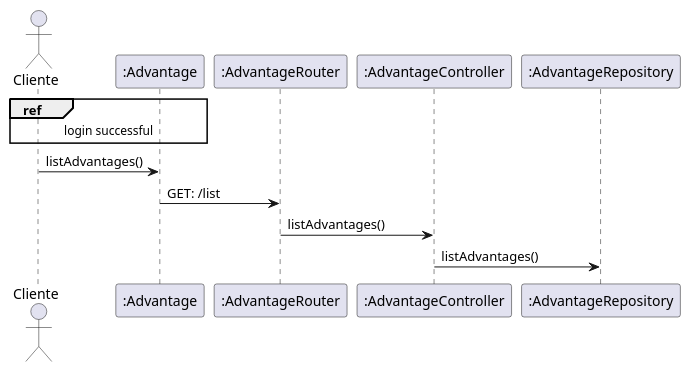
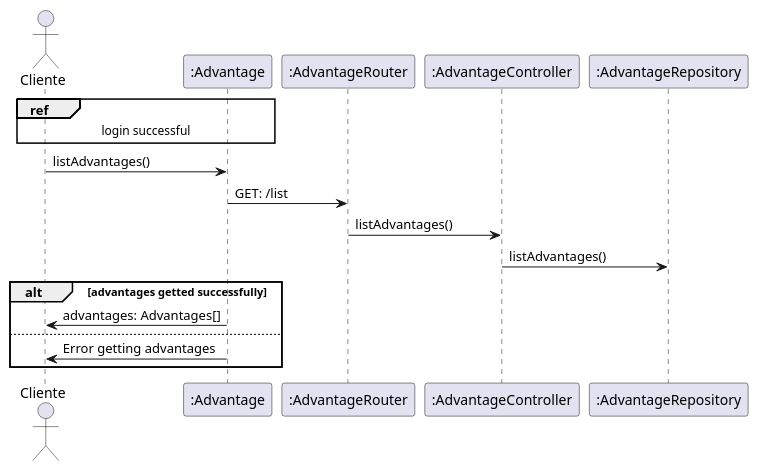
One commit to migueltico2/laboratorio-de-desenvolvimento-de-software changed the diagram in projeto 4/project/sequenceDiagramListAdvantages.plantuml. Above: the diagram before and after it, drawn with PlantUML. The commit also changed 27 other files, not shown here.

```diff
--- a/projeto 4/project/sequenceDiagramListAdvantages.plantuml
+++ b/projeto 4/project/sequenceDiagramListAdvantages.plantuml
@@ -1,16 +1,20 @@
 @startuml
 
 actor "Cliente" as cliente
 participant ":Advantage" as ad
 participant ":AdvantageRouter" as adRouter
 participant ":AdvantageController" as adController
 participant ":AdvantageRepository" as adRepository
 
 ref over cliente, ad: login successful
 
 cliente -> ad : listAdvantages()
 ad -> adRouter : GET: /list
 adRouter -> adController : listAdvantages()
 adController -> adRepository : listAdvantages()
-
+alt advantages getted successfully
+    ad -> cliente : advantages: Advantages[]
+else
+    ad -> cliente : Error getting advantages
+end
 @enduml
```
